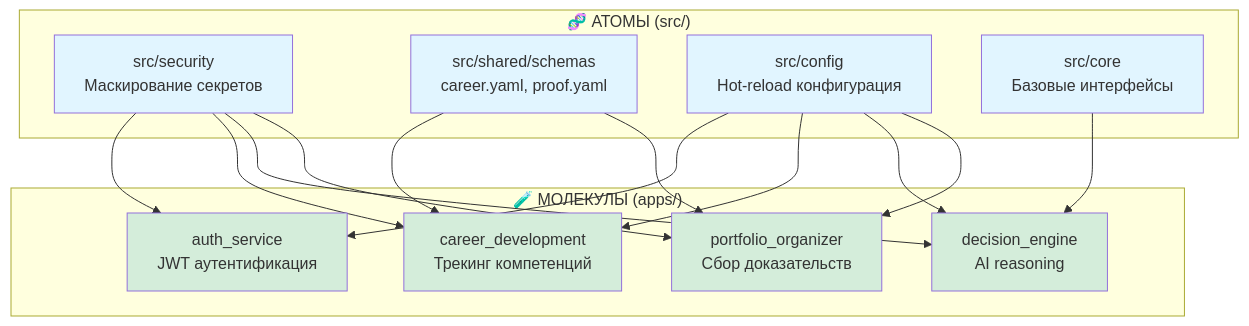
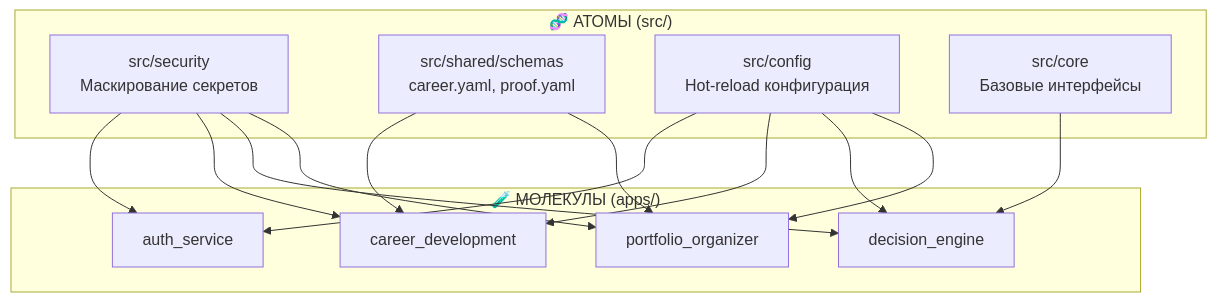
The second of 2 diagrams in README.md (Control39/portfolio-system-architect), drawn with Mermaid before and after one commit. The commit also changed other lines of this file and 363 other files, not shown here.

````diff
--- a/README.md
+++ b/README.md
@@ -118,37 +141,21 @@
 ```mermaid
 graph TB
     subgraph "🧬 АТОМЫ (src/)"
         A1[src/security<br/>Маскирование секретов]
         A2[src/shared/schemas<br/>career.yaml, proof.yaml]
         A3[src/config<br/>Hot-reload конфигурация]
         A4[src/core<br/>Базовые интерфейсы]
     end
 
     subgraph "🧪 МОЛЕКУЛЫ (apps/)"
-        M1[auth_service<br/>JWT аутентификация]
-        M2[career_development<br/>Трекинг компетенций]
-        M3[decision_engine<br/>AI reasoning]
-        M4[portfolio_organizer<br/>Сбор доказательств]
+        M1[auth_service]
+        M2[career_development]
+        M3[decision_engine]
+        M4[portfolio_organizer]
     end
 
-    A1 --> M1
-    A1 --> M2
-    A1 --> M3
-    A1 --> M4
-    A2 --> M2
-    A2 --> M4
-    A3 --> M1
-    A3 --> M2
-    A3 --> M3
-    A3 --> M4
+    A1 --> M1 & M2 & M3 & M4
+    A2 --> M2 & M4
+    A3 --> M1 & M2 & M3 & M4
     A4 --> M3
-
-    style A1 fill:#e1f5ff
-    style A2 fill:#e1f5ff
-    style A3 fill:#e1f5ff
-    style A4 fill:#e1f5ff
-    style M1 fill:#d4edda
-    style M2 fill:#d4edda
-    style M3 fill:#d4edda
-    style M4 fill:#d4edda
 ```
````
